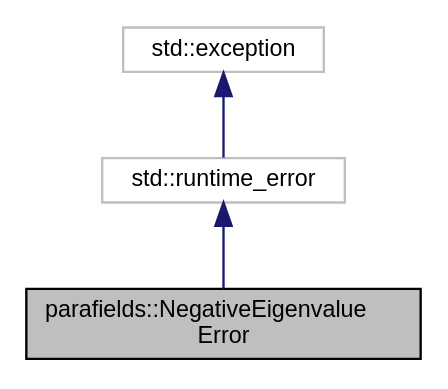
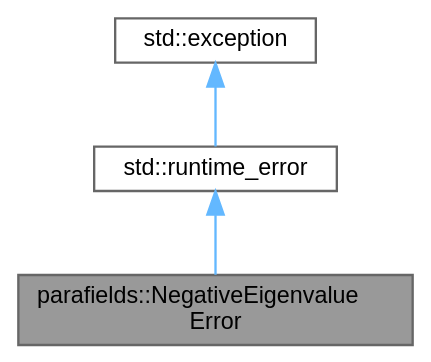
The diagram in a00964.dot (parafields/parafields-core), drawn with Graphviz before and after one commit. The commit also changed 509 other files, not shown here.

```diff
--- a/a00964.dot
+++ b/a00964.dot
@@ -1,11 +1,12 @@
 digraph "parafields::NegativeEigenvalueError"
 {
  // LATEX_PDF_SIZE
-  edge [fontname="Helvetica",fontsize="10",labelfontname="Helvetica",labelfontsize="10"];
-  node [fontname="Helvetica",fontsize="10",shape=record];
-  Node1 [label="parafields::NegativeEigenvalue\lError",height=0.2,width=0.4,color="black", fillcolor="grey75", style="filled", fontcolor="black",tooltip=" "];
-  Node2 -> Node1 [dir="back",color="midnightblue",fontsize="10",style="solid",fontname="Helvetica"];
-  Node2 [label="std::runtime_error",height=0.2,width=0.4,color="grey75", fillcolor="white", style="filled",tooltip=" "];
-  Node3 -> Node2 [dir="back",color="midnightblue",fontsize="10",style="solid",fontname="Helvetica"];
-  Node3 [label="std::exception",height=0.2,width=0.4,color="grey75", fillcolor="white", style="filled",tooltip=" "];
+  bgcolor="transparent";
+  edge [fontname=Helvetica,fontsize=10,labelfontname=Helvetica,labelfontsize=10];
+  node [fontname=Helvetica,fontsize=10,shape=box,height=0.2,width=0.4];
+  Node1 [id="Node000001",label="parafields::NegativeEigenvalue\lError",height=0.2,width=0.4,color="gray40", fillcolor="grey60", style="filled", fontcolor="black",tooltip=" "];
+  Node2 -> Node1 [id="edge1_Node000001_Node000002",dir="back",color="steelblue1",style="solid",tooltip=" "];
+  Node2 [id="Node000002",label="std::runtime_error",height=0.2,width=0.4,color="gray40", fillcolor="white", style="filled",tooltip=" "];
+  Node3 -> Node2 [id="edge2_Node000002_Node000003",dir="back",color="steelblue1",style="solid",tooltip=" "];
+  Node3 [id="Node000003",label="std::exception",height=0.2,width=0.4,color="gray40", fillcolor="white", style="filled",tooltip=" "];
 }
```
